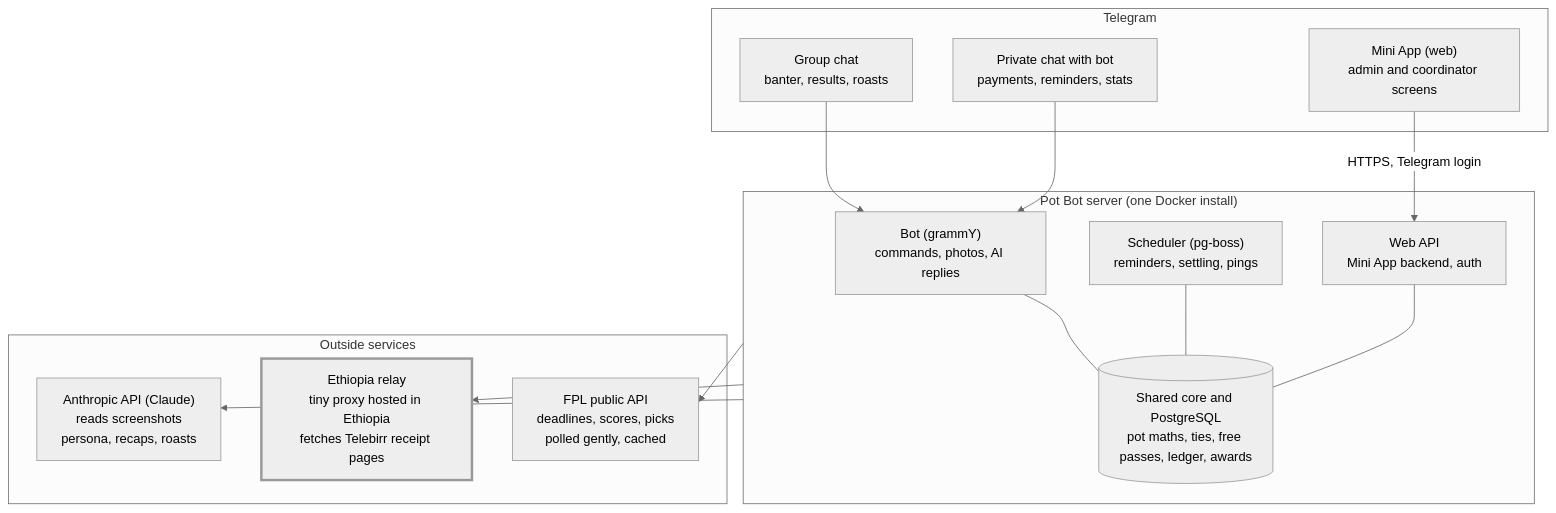
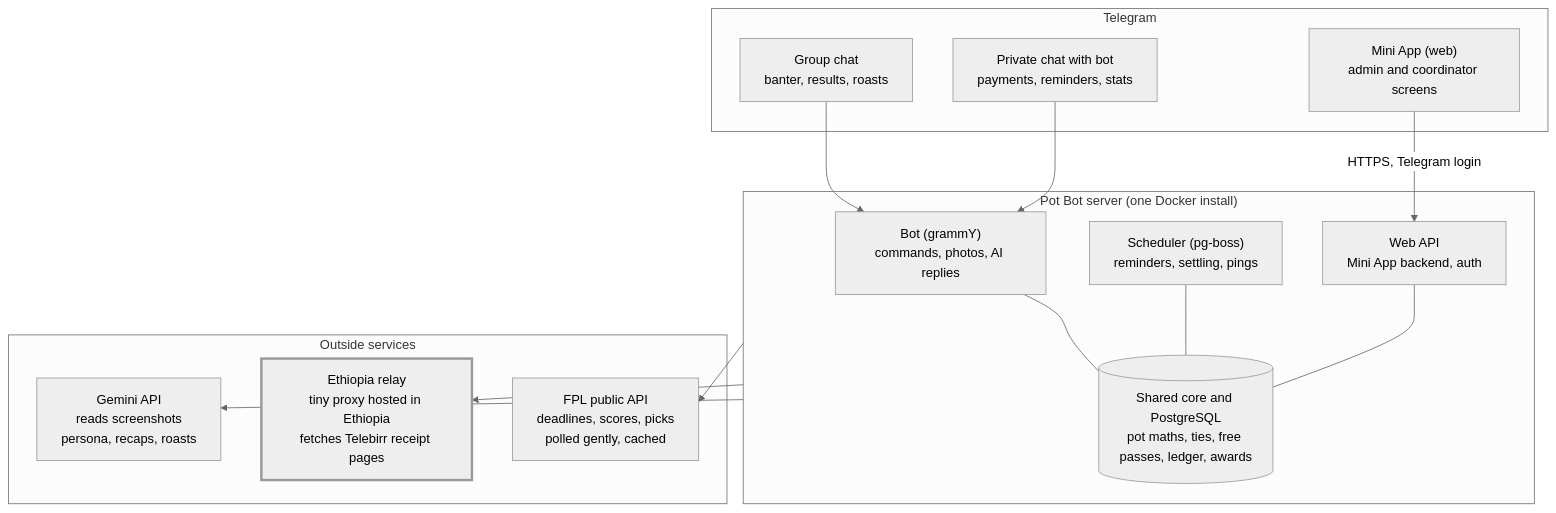
The second of 2 diagrams in docs/SPEC.md (Geze296/pot_bot), drawn with Mermaid (neutral theme) before and after one commit. The commit also changed other lines of this file and 10 other files, not shown here.

````diff
--- a/docs/SPEC.md
+++ b/docs/SPEC.md
@@ -200,29 +200,29 @@
 ```mermaid
 flowchart TB
     subgraph TG["Telegram"]
         G["Group chat<br/>banter, results, roasts"]
         PC["Private chat with bot<br/>payments, reminders, stats"]
         MA["Mini App (web)<br/>admin and coordinator screens"]
     end
     subgraph SRV["Pot Bot server (one Docker install)"]
         BOT["Bot (grammY)<br/>commands, photos, AI replies"]
         SCH["Scheduler (pg-boss)<br/>reminders, settling, pings"]
         API["Web API<br/>Mini App backend, auth"]
         CORE[("Shared core and PostgreSQL<br/>pot maths, ties, free passes, ledger, awards")]
         BOT --- CORE
         SCH --- CORE
         API --- CORE
     end
     subgraph EXT["Outside services"]
         FPL["FPL public API<br/>deadlines, scores, picks<br/>polled gently, cached"]
         RELAY["Ethiopia relay<br/>tiny proxy hosted in Ethiopia<br/>fetches Telebirr receipt pages"]
-        AI["Anthropic API (Claude)<br/>reads screenshots<br/>persona, recaps, roasts"]
+        AI["Gemini API<br/>reads screenshots<br/>persona, recaps, roasts"]
     end
     G --> BOT
     PC --> BOT
     MA -- "HTTPS, Telegram login" --> API
     SRV --> FPL
     SRV --> RELAY
     SRV --> AI
     style RELAY stroke-width:3px
 ```
````
